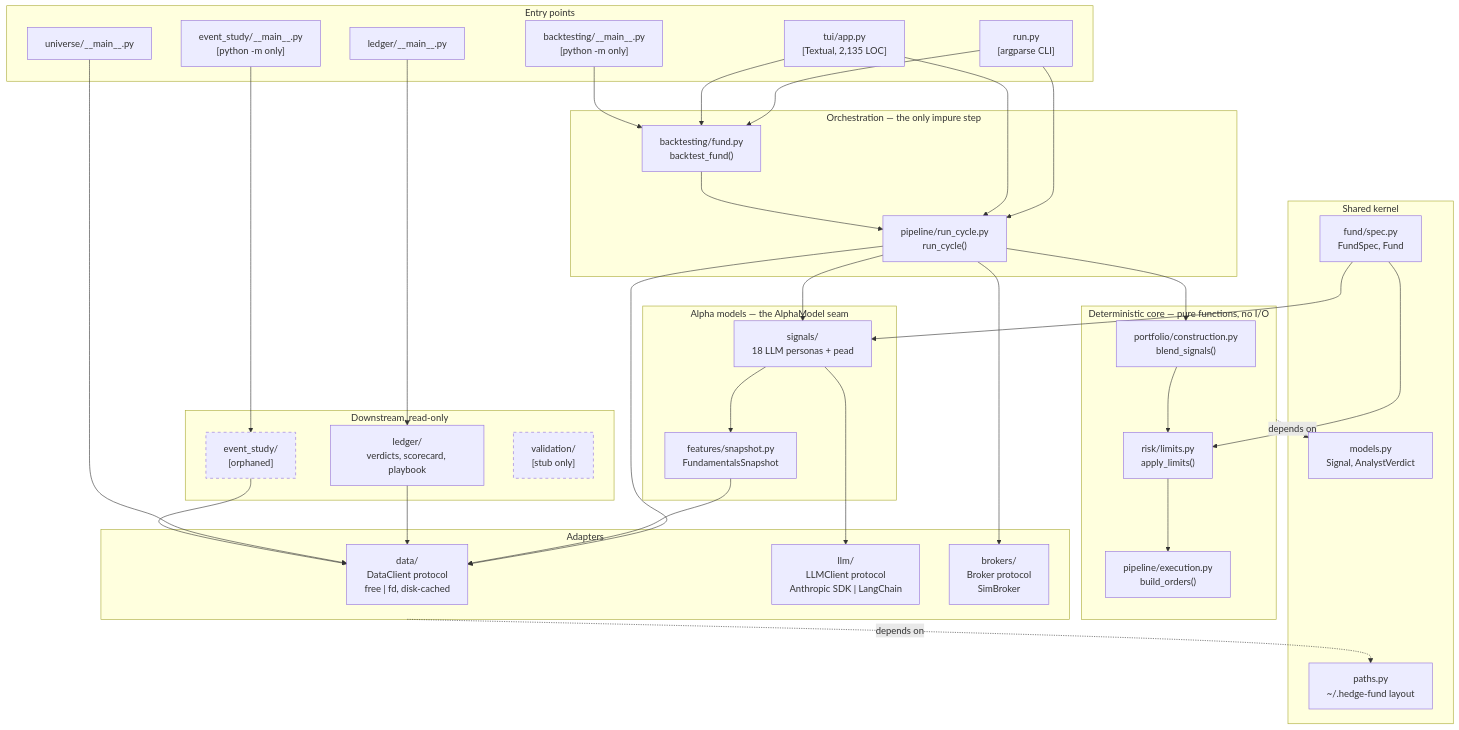
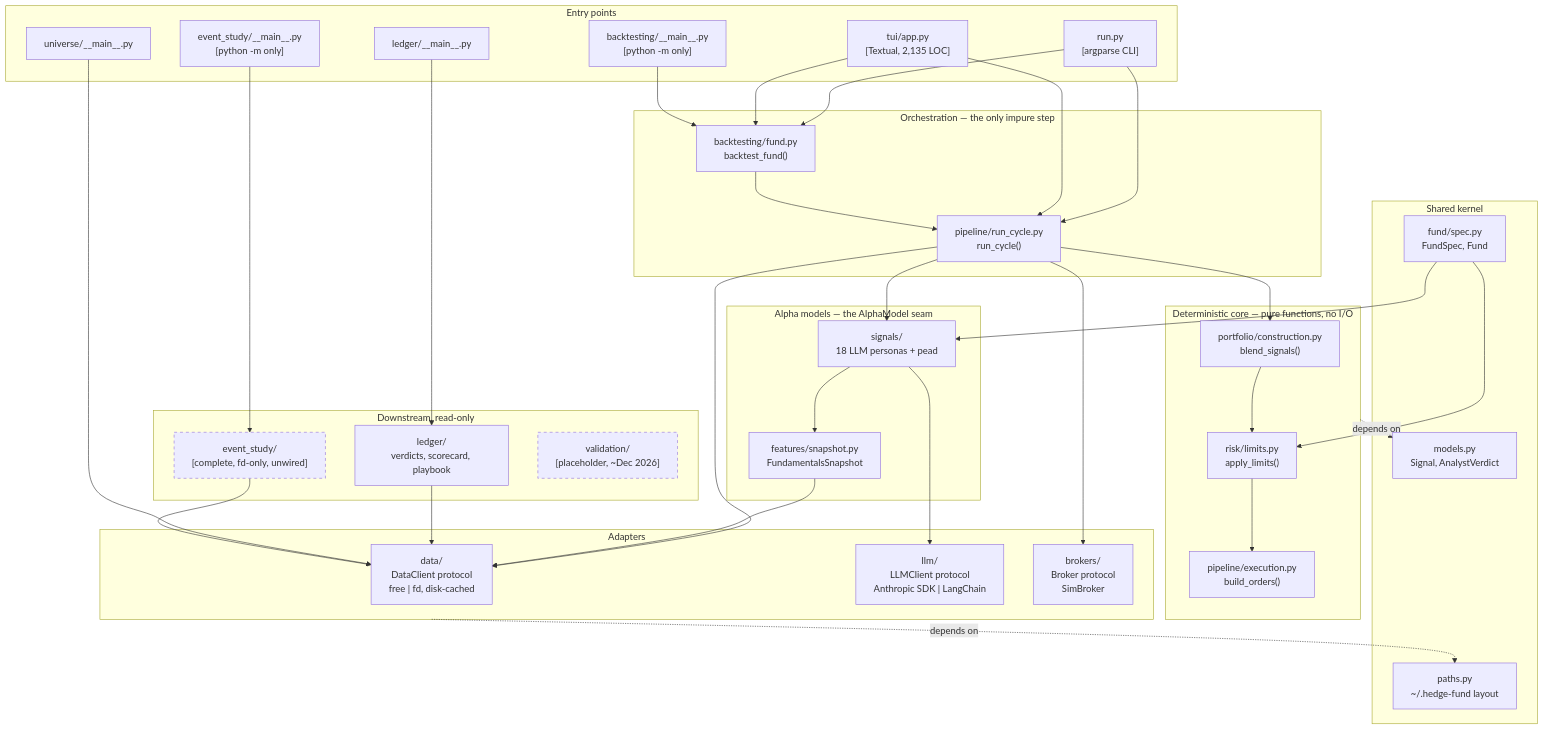
One commit to silvermanjonathan/ai-hedge-fund changed the second of 3 diagrams in ARCHITECTURE.md. Above: the diagram before and after it, drawn with Mermaid. The commit also changed other lines of this file, not shown here.

````diff
--- a/ARCHITECTURE.md
+++ b/ARCHITECTURE.md
@@ -107,63 +113,63 @@
 ```mermaid
 flowchart TB
     subgraph entry["Entry points"]
         RUN["run.py<br/>[argparse CLI]"]
         TUIA["tui/app.py<br/>[Textual, 2,135 LOC]"]
         LED["ledger/__main__.py"]
         UNI["universe/__main__.py"]
         BTM["backtesting/__main__.py<br/>[python -m only]"]
         ESM["event_study/__main__.py<br/>[python -m only]"]
     end
 
     subgraph core["Deterministic core — pure functions, no I/O"]
         BLEND["portfolio/construction.py<br/>blend_signals()"]
         RISK["risk/limits.py<br/>apply_limits()"]
         EXEC["pipeline/execution.py<br/>build_orders()"]
     end
 
     subgraph orch["Orchestration — the only impure step"]
         RC["pipeline/run_cycle.py<br/>run_cycle()"]
         BTF["backtesting/fund.py<br/>backtest_fund()"]
     end
 
     subgraph views["Alpha models — the AlphaModel seam"]
         SIG["signals/<br/>18 LLM personas + pead"]
         SNAP["features/snapshot.py<br/>FundamentalsSnapshot"]
     end
 
     subgraph adapters["Adapters"]
         DATA["data/<br/>DataClient protocol<br/>free | fd, disk-cached"]
         LLMP["llm/<br/>LLMClient protocol<br/>Anthropic SDK | LangChain"]
         BRK["brokers/<br/>Broker protocol<br/>SimBroker"]
     end
 
     subgraph shared["Shared kernel"]
         MOD["models.py<br/>Signal, AnalystVerdict"]
         PATHS["paths.py<br/>~/.hedge-fund layout"]
         SPEC["fund/spec.py<br/>FundSpec, Fund"]
     end
 
     subgraph out["Downstream, read-only"]
         LEDG["ledger/<br/>verdicts, scorecard, playbook"]
-        ES["event_study/<br/>[orphaned]"]
-        VAL["validation/<br/>[stub only]"]
+        ES["event_study/<br/>[complete, fd-only, unwired]"]
+        VAL["validation/<br/>[placeholder, ~Dec 2026]"]
     end
 
     RUN --> RC & BTF
     TUIA --> RC & BTF
     BTM --> BTF
     RC --> BLEND --> RISK --> EXEC
     RC --> SIG & DATA & BRK
     BTF --> RC
     SIG --> SNAP --> DATA
     SIG --> LLMP
     LED --> LEDG --> DATA
     UNI --> DATA
     ESM --> ES --> DATA
     SPEC --> SIG & RISK
     core -.depends on.-> MOD
     adapters -.depends on.-> PATHS
 
     style VAL stroke-dasharray: 5 5
     style ES stroke-dasharray: 5 5
 ```
````
